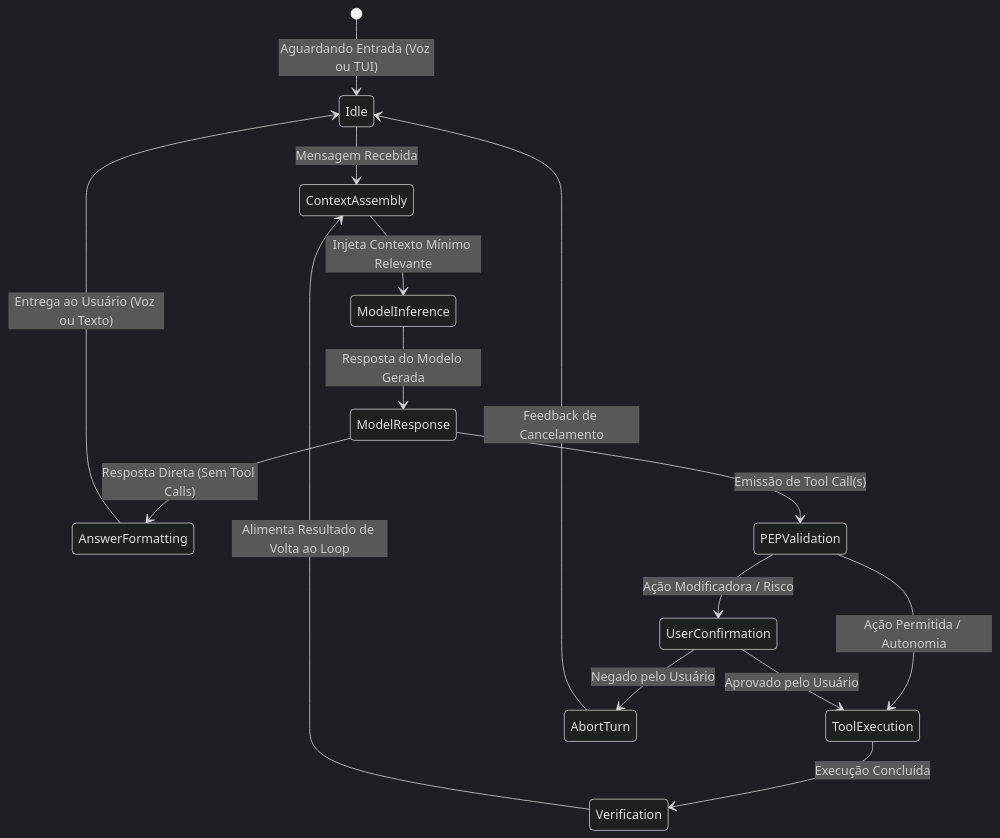
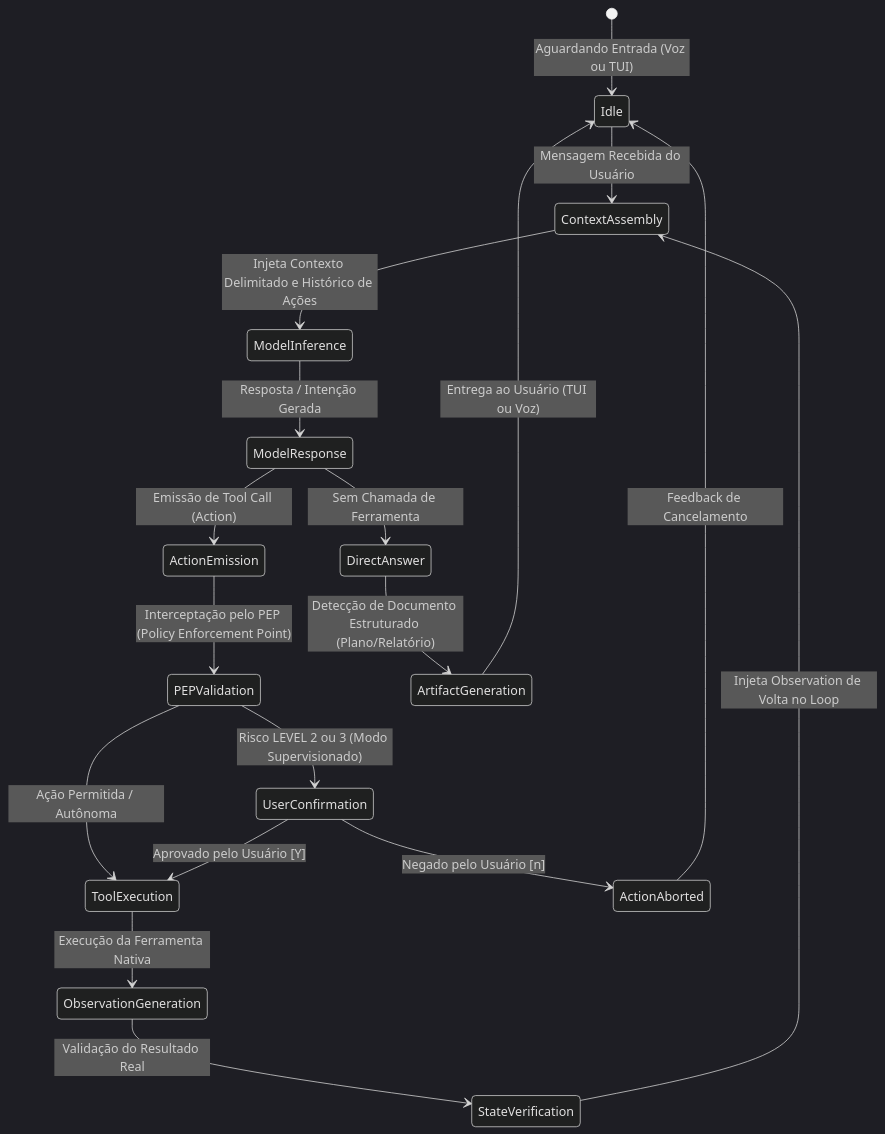
Before and after one commit to danielribeiro-dev/orion-agent: the diagram in docs/architecture/CORE_REACT_ENGINE.md, drawn with Mermaid (dark theme). The commit also changed other lines of this file and 13 other files, not shown here.

Commit message:
docs: formalize v0.1.0 specification and competitive architecture benchmark

````diff
--- a/docs/architecture/CORE_REACT_ENGINE.md
+++ b/docs/architecture/CORE_REACT_ENGINE.md
@@ -11,21 +12,28 @@
 ```mermaid
 stateDiagram-v2
     [*] --> Idle: Aguardando Entrada (Voz ou TUI)
-    Idle --> ContextAssembly: Mensagem Recebida
-    ContextAssembly --> ModelInference: Injeta Contexto Mínimo Relevante
-    ModelInference --> ModelResponse: Resposta do Modelo Gerada
+    Idle --> ContextAssembly: Mensagem Recebida do Usuário
+    ContextAssembly --> ModelInference: Injeta Contexto Delimitado e Histórico de Ações
+    ModelInference --> ModelResponse: Resposta / Intenção Gerada
 
     state ModelResponse <<choice>>
-    ModelResponse --> AnswerFormatting: Resposta Direta (Sem Tool Calls)
-    ModelResponse --> PEPValidation: Emissão de Tool Call(s)
+    ModelResponse --> DirectAnswer: Sem Chamada de Ferramenta
+    ModelResponse --> ActionEmission: Emissão de Tool Call (Action)
 
-    PEPValidation --> UserConfirmation: Ação Modificadora / Risco
-    PEPValidation --> ToolExecution: Ação Permitida / Autonomia
-    UserConfirmation --> ToolExecution: Aprovado pelo Usuário
-    UserConfirmation --> AbortTurn: Negado pelo Usuário
+    ActionEmission --> PEPValidation: Interceptação pelo PEP (Policy Enforcement Point)
+    
+    state PEPValidation <<choice>>
+    PEPValidation --> UserConfirmation: Risco LEVEL 2 ou 3 (Modo Supervisionado)
+    PEPValidation --> ToolExecution: Ação Permitida / Autônoma
+    
+    UserConfirmation --> ToolExecution: Aprovado pelo Usuário [Y]
+    UserConfirmation --> ActionAborted: Negado pelo Usuário [n]
 
-    ToolExecution --> Verification: Execução Concluída
-    Verification --> ContextAssembly: Alimenta Resultado de Volta ao Loop
-    AnswerFormatting --> Idle: Entrega ao Usuário (Voz ou Texto)
-    AbortTurn --> Idle: Feedback de Cancelamento
+    ToolExecution --> ObservationGeneration: Execução da Ferramenta Nativa
+    ObservationGeneration --> StateVerification: Validação do Resultado Real
+    StateVerification --> ContextAssembly: Injeta Observation de Volta no Loop
+
+    DirectAnswer --> ArtifactGeneration: Detecção de Documento Estruturado (Plano/Relatório)
+    ArtifactGeneration --> Idle: Entrega ao Usuário (TUI ou Voz)
+    ActionAborted --> Idle: Feedback de Cancelamento
 ```
````
